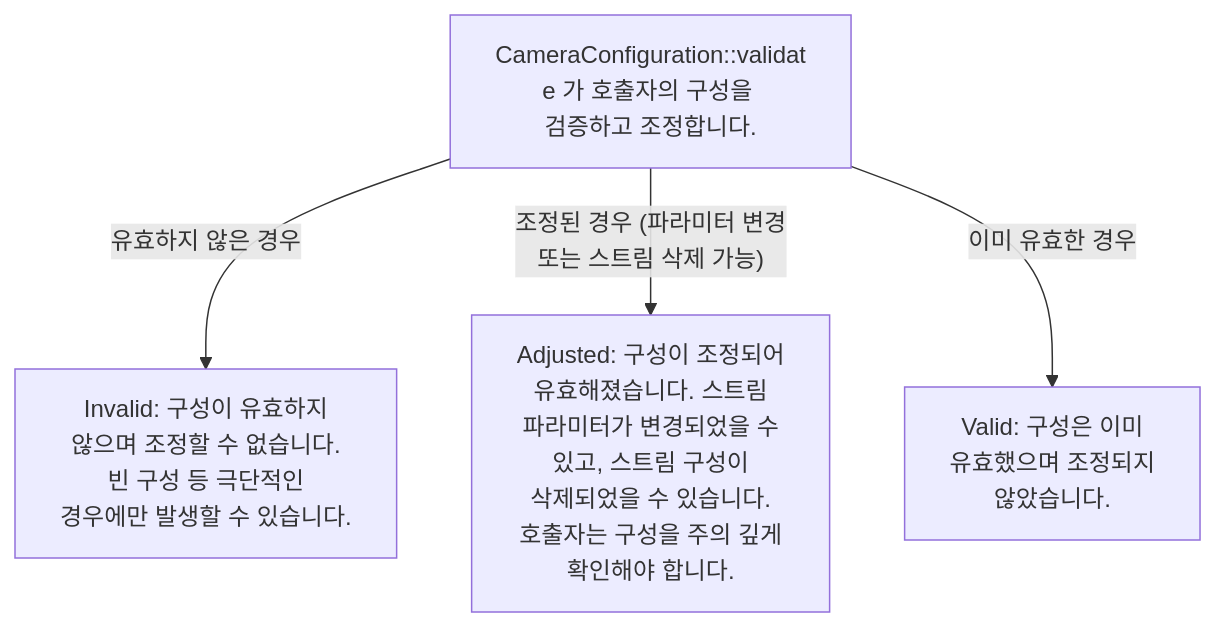
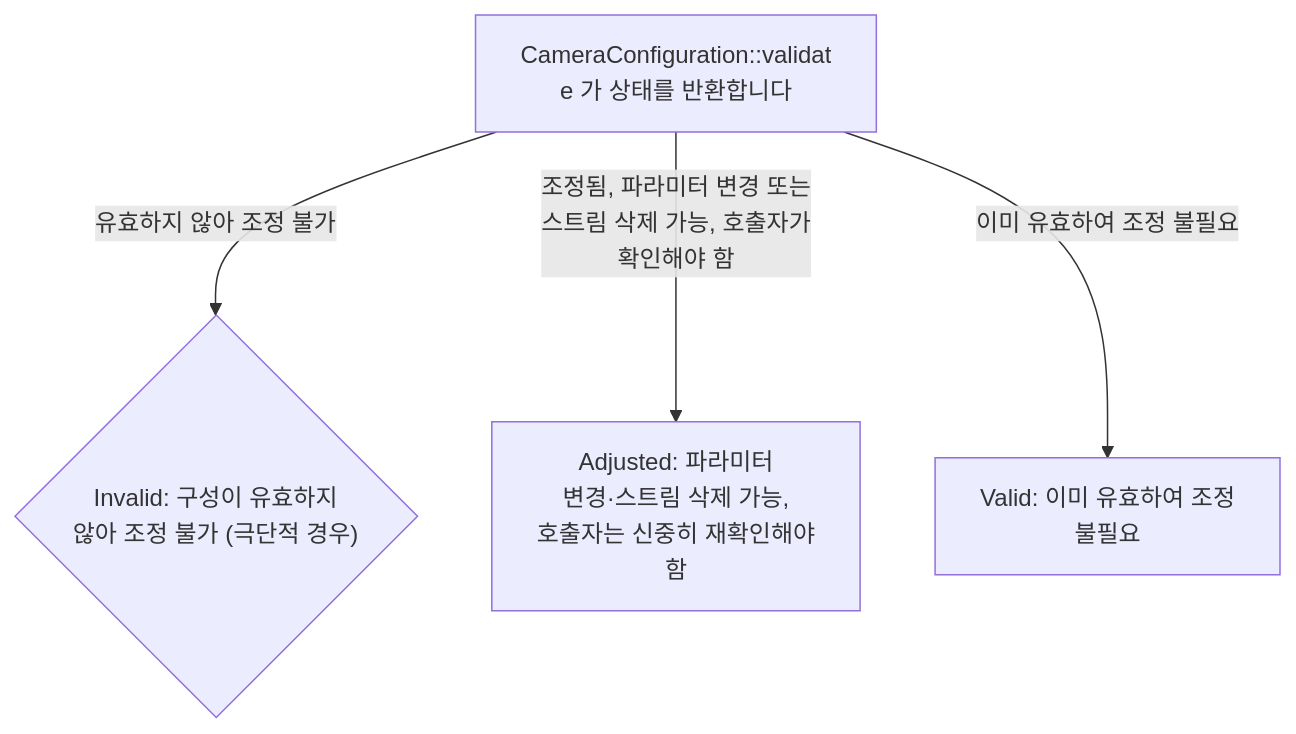
The diagram in docs/vendor-assurance.validation-results.mmd (TTolsun/libcamera-sdd), drawn with Mermaid before and after one commit. The commit also changed 3959 other files, not shown here.

```diff
--- a/docs/vendor-assurance.validation-results.mmd
+++ b/docs/vendor-assurance.validation-results.mmd
@@ -1,9 +1,9 @@
 flowchart TB
-%% sdd:translations {"Adjusted: 구성이 조정되어 <br/>유효해졌습니다. 스트림 <br/>파라미터가 변경되었을 수 <br/>있고, 스트림 구성이 <br/>삭제되었을 수 있습니다. <br/>호출자는 구성을 주의 깊게 <br/>확인해야 합니다.": "Adjusted: The configuration <br/>has been adjusted and is <br/>now valid. Parameters may <br/>have changed for any <br/>stream, and stream <br/>configurations may have <br/>been removed. The caller <br/>shall check the <br/>configuration carefully.", "CameraConfiguration::validat<br/>e 가 호출자의 구성을 <br/>검증하고 조정합니다.": "CameraConfiguration::validat<br/>e validates and adjusts the <br/>caller&#x27;s configuration.", "Invalid: 구성이 유효하지 <br/>않으며 조정할 수 없습니다. <br/>빈 구성 등 극단적인 <br/>경우에만 발생할 수 있습니다.": "Invalid: The configuration <br/>is invalid and can&#x27;t be <br/>adjusted. This may only <br/>occur in extreme cases such <br/>as when the configuration <br/>is empty.", "Valid: 구성은 이미 <br/>유효했으며 조정되지 <br/>않았습니다.": "Valid: The configuration <br/>was already valid and <br/>hasn&#x27;t been adjusted.", "유효하지 않은 경우": "If invalid", "이미 유효한 경우": "If already valid", "조정된 경우 (파라미터 변경 <br/>또는 스트림 삭제 가능)": "If adjusted (parameters may <br/>have changed or streams <br/>removed)"}
-  v_n0["CameraConfiguration::validat<br/>e 가 호출자의 구성을 <br/>검증하고 조정합니다."]
-  v_n1["Invalid: 구성이 유효하지 <br/>않으며 조정할 수 없습니다. <br/>빈 구성 등 극단적인 <br/>경우에만 발생할 수 있습니다."]
-  v_n2["Adjusted: 구성이 조정되어 <br/>유효해졌습니다. 스트림 <br/>파라미터가 변경되었을 수 <br/>있고, 스트림 구성이 <br/>삭제되었을 수 있습니다. <br/>호출자는 구성을 주의 깊게 <br/>확인해야 합니다."]
-  v_n3["Valid: 구성은 이미 <br/>유효했으며 조정되지 <br/>않았습니다."]
-  v_n0 -->|"유효하지 않은 경우"| v_n1
-  v_n0 -->|"조정된 경우 (파라미터 변경 <br/>또는 스트림 삭제 가능)"| v_n2
-  v_n0 -->|"이미 유효한 경우"| v_n3
+%% sdd:translations {"Adjusted: 파라미터 <br/>변경·스트림 삭제 가능, <br/>호출자는 신중히 재확인해야 <br/>함": "Adjusted: parameters may <br/>have changed or streams <br/>removed; caller shall check <br/>carefully", "CameraConfiguration::validat<br/>e 가 상태를 반환합니다": "CameraConfiguration::validat<br/>e returns a status", "Invalid: 구성이 유효하지 <br/>않아 조정 불가 (극단적 경우)": "Invalid: configuration <br/>invalid and can&#x27;t be <br/>adjusted (extreme case)", "Valid: 이미 유효하여 조정 <br/>불필요": "Valid: configuration was <br/>already valid and hasn&#x27;t <br/>been adjusted", "유효하지 않아 조정 불가": "invalid and can&#x27;t be <br/>adjusted", "이미 유효하여 조정 불필요": "already valid and hasn&#x27;t <br/>been adjusted", "조정됨, 파라미터 변경 또는 <br/>스트림 삭제 가능, 호출자가 <br/>확인해야 함": "adjusted and now valid; <br/>parameters may have changed <br/>or streams removed; caller <br/>shall check"}
+  v_n0["CameraConfiguration::validat<br/>e 가 상태를 반환합니다"]
+  v_n1{"Invalid: 구성이 유효하지 <br/>않아 조정 불가 (극단적 경우)"}
+  v_n2["Adjusted: 파라미터 <br/>변경·스트림 삭제 가능, <br/>호출자는 신중히 재확인해야 <br/>함"]
+  v_n3["Valid: 이미 유효하여 조정 <br/>불필요"]
+  v_n0 -->|"유효하지 않아 조정 불가"| v_n1
+  v_n0 -->|"조정됨, 파라미터 변경 또는 <br/>스트림 삭제 가능, 호출자가 <br/>확인해야 함"| v_n2
+  v_n0 -->|"이미 유효하여 조정 불필요"| v_n3
```
